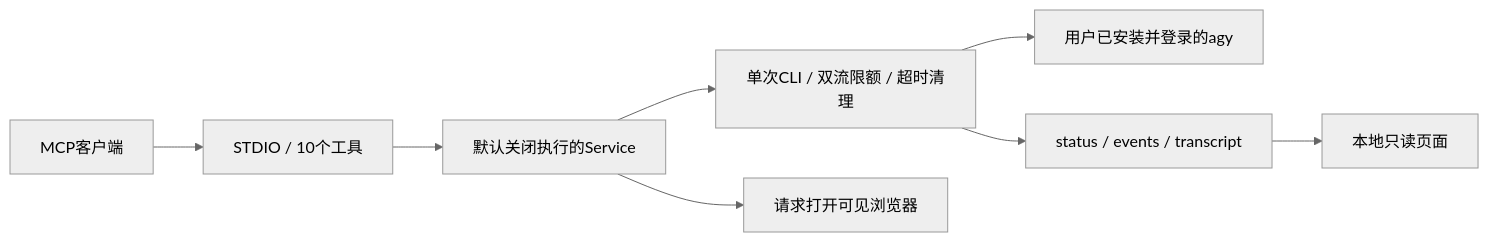
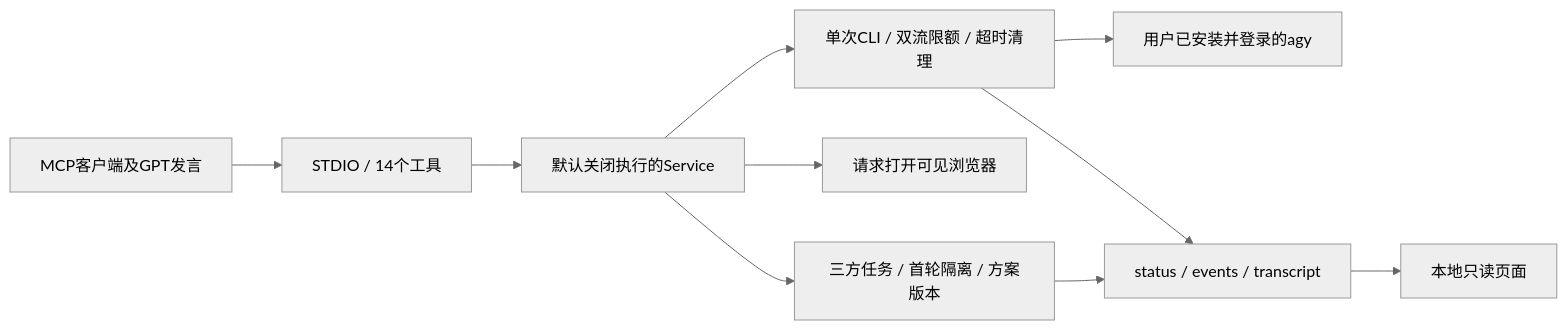
The diagram in docs/architecture.md (horizonmax11-sketch/agy-observer-mcp), drawn with Mermaid (neutral theme) before and after one commit. The commit also changed other lines of this file and 20 other files, not shown here.

````diff
--- a/docs/architecture.md
+++ b/docs/architecture.md
@@ -3,10 +3,12 @@
 ```mermaid
 flowchart LR
-    Client[MCP客户端] --> Server[STDIO / 10个工具]
+    Client[MCP客户端及GPT发言] --> Server[STDIO / 14个工具]
     Server --> Service[默认关闭执行的Service]
     Service --> Runtime[单次CLI / 双流限额 / 超时清理]
     Runtime --> CLI[用户已安装并登录的agy]
     Runtime --> History[status / events / transcript]
     History --> UI[本地只读页面]
     Service --> Browser[请求打开可见浏览器]
+    Service --> Council[三方任务 / 首轮隔离 / 方案版本]
+    Council --> History
 ```
````
